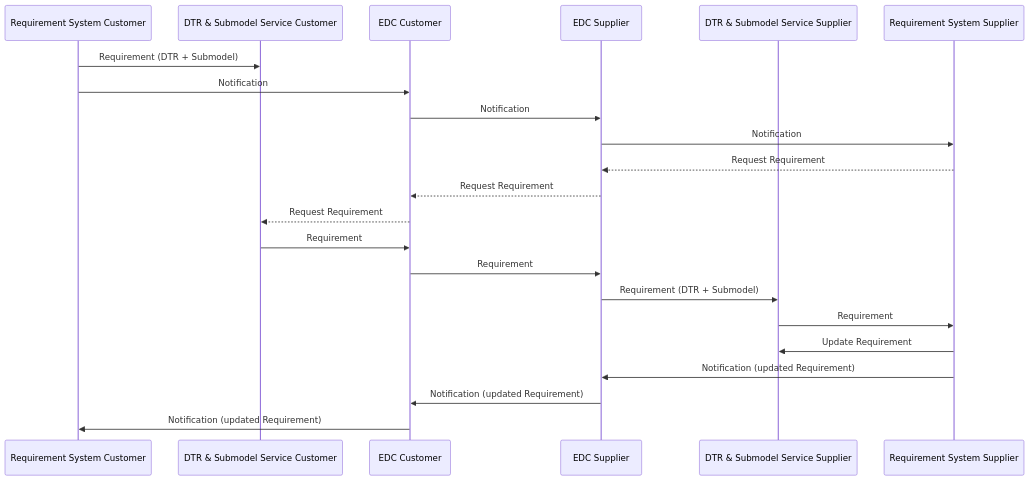
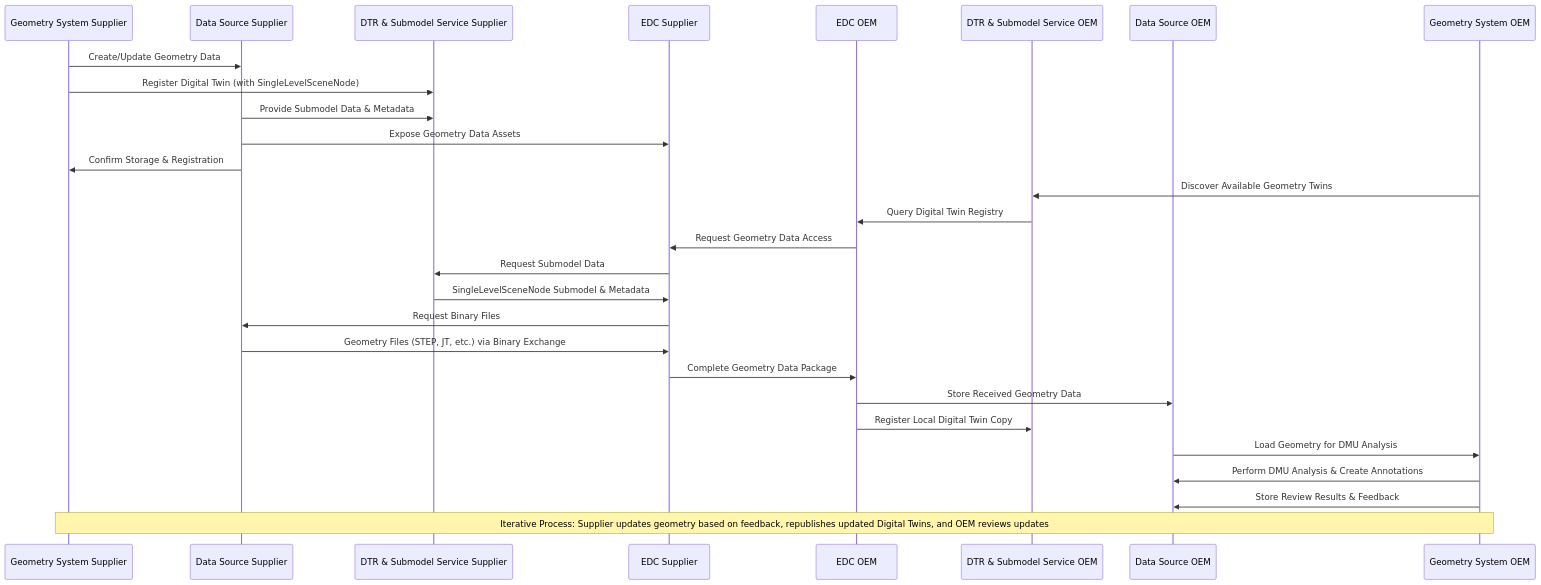
Before and after one commit to MartinEnders/eclipse-tractusx.github.io: the second of 2 diagrams in docs-kits/kits/geometry-kit/software-development-view.md, drawn with Mermaid. The commit also changed other lines of this file, not shown here.

Commit message:
added: add geometry content to the development view

````diff
--- a/docs-kits/kits/geometry-kit/software-development-view.md
+++ b/docs-kits/kits/geometry-kit/software-development-view.md
@@ -110,35 +128,38 @@
 ```mermaid
+sequenceDiagram
+    participant supGeoSys as Geometry System Supplier
+    participant supDataSrc as Data Source Supplier
+    participant supDtr as DTR & Submodel Service Supplier
+    participant supEDC as EDC Supplier
 
-sequenceDiagram
-    participant oemReqSys as Requirement System Customer
-    participant oemDtr as DTR & Submodel Service Customer
-    participant oemEDC as EDC Customer
+    participant oemEDC as EDC OEM
+    participant oemDtr as DTR & Submodel Service OEM
+    participant oemDataSrc as Data Source OEM
+    participant oemGeoSys as Geometry System OEM
 
-    participant supEDC as EDC Supplier
-    participant supDtr as DTR & Submodel Service Supplier
-    participant supReqSys as Requirement System Supplier
+    %% Initial Geometry Creation & Publishing (Supplier)
+    supGeoSys->>supDataSrc: Create/Update Geometry Data
+    supGeoSys->>supDtr: Register Digital Twin (with SingleLevelSceneNode)
+    supDataSrc->>supDtr: Provide Submodel Data & Metadata
+    supDataSrc->>supEDC: Expose Geometry Data Assets
+    supDataSrc->>supGeoSys: Confirm Storage & Registration
 
-    oemReqSys->>oemDtr: Requirement (DTR + Submodel)
-    oemReqSys->>oemEDC: Notification
-    oemEDC->>supEDC: Notification
-    supEDC->>supReqSys: Notification
-    supReqSys-->>supEDC: Request Requirement
+    %% Discovery & Request (OEM) and Data Transfer
+    oemGeoSys->>oemDtr: Discover Available Geometry Twins
+    oemDtr->>oemEDC: Query Digital Twin Registry
+    oemEDC->>supEDC: Request Geometry Data Access
+    supEDC->>supDtr: Request Submodel Data
+    supDtr->>supEDC: SingleLevelSceneNode Submodel & Metadata
+    supEDC->>supDataSrc: Request Binary Files
+    supDataSrc->>supEDC: Geometry Files (STEP, JT, etc.) via Binary Exchange
+    supEDC->>oemEDC: Complete Geometry Data Package
+    oemEDC->>oemDataSrc: Store Received Geometry Data
+    oemEDC->>oemDtr: Register Local Digital Twin Copy
+    oemDataSrc->>oemGeoSys: Load Geometry for DMU Analysis
 
+    %% Review & Feedback (DMU Analysis)
+    oemGeoSys->>oemDataSrc: Perform DMU Analysis & Create Annotations
+    oemGeoSys->>oemDataSrc: Store Review Results & Feedback
 
-    supEDC-->>oemEDC: Request Requirement
-    oemEDC-->>oemDtr: Request Requirement
-
-    oemDtr->>oemEDC: Requirement
-
-    oemEDC->>supEDC: Requirement
-    supEDC->>supDtr: Requirement (DTR + Submodel)
-
-    supDtr->>supReqSys: Requirement
-
-    supReqSys->>supDtr: Update Requirement
-    supReqSys->>supEDC: Notification (updated Requirement)
-    supEDC->>oemEDC: Notification (updated Requirement)
-    oemEDC->>oemReqSys: Notification (updated Requirement)
-
-
+    Note over supGeoSys, oemGeoSys: Iterative Process: Supplier updates geometry based on feedback, republishes updated Digital Twins, and OEM reviews updates
 ```
````
